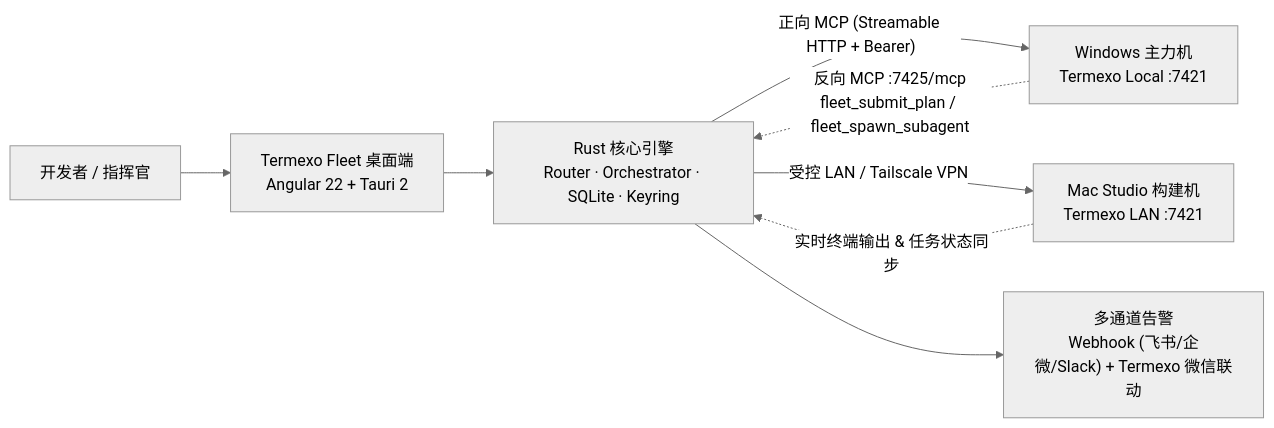
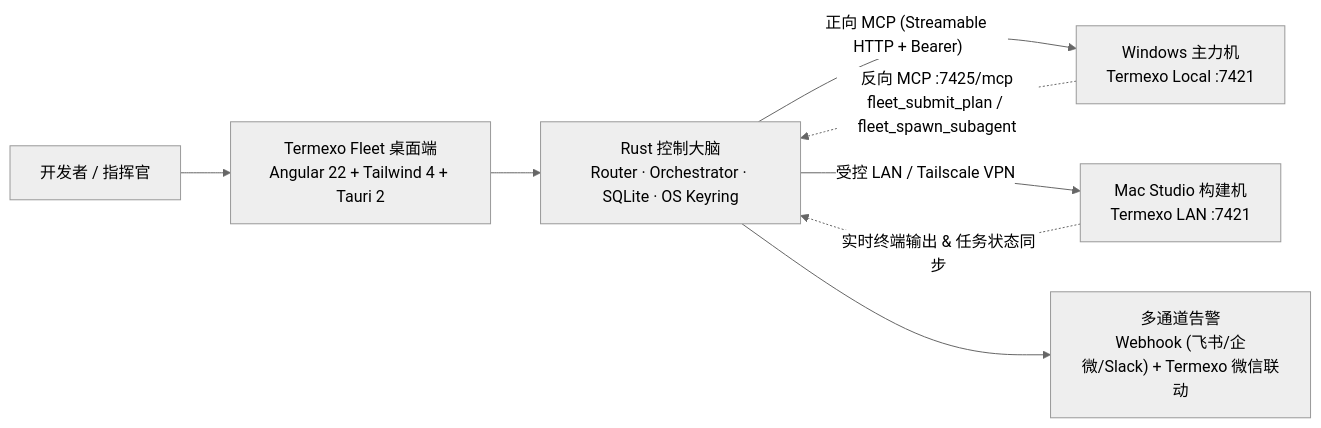
The diagram in docs/preview/PREVIEW.md (gemron/Termexo-Fleet), drawn with Mermaid (neutral theme) before and after one commit. The commit also changed other lines of this file and 2 other files, not shown here.

````diff
--- a/docs/preview/PREVIEW.md
+++ b/docs/preview/PREVIEW.md
@@ -21,10 +21,10 @@
 ```mermaid
 flowchart LR
-    User["开发者 / 指挥官"] --> UI["Termexo Fleet 桌面端<br/>Angular 22 + Tauri 2"]
-    UI --> Core["Rust 核心引擎<br/>Router · Orchestrator · SQLite · Keyring"]
+    User["开发者 / 指挥官"] --> UI["Termexo Fleet 桌面端<br/>Angular 22 + Tailwind 4 + Tauri 2"]
+    UI --> Core["Rust 控制大脑<br/>Router · Orchestrator · SQLite · OS Keyring"]
     Core -->|"正向 MCP (Streamable HTTP + Bearer)"| NodeWin["Windows 主力机<br/>Termexo Local :7421"]
     Core -->|"受控 LAN / Tailscale VPN"| NodeMac["Mac Studio 构建机<br/>Termexo LAN :7421"]
     NodeWin -.->|"反向 MCP :7425/mcp<br/>fleet_submit_plan / fleet_spawn_subagent"| Core
     NodeMac -.->|"实时终端输出 & 任务状态同步"| Core
     Core --> Alerts["多通道告警<br/>Webhook (飞书/企微/Slack) + Termexo 微信联动"]
 ```
````
